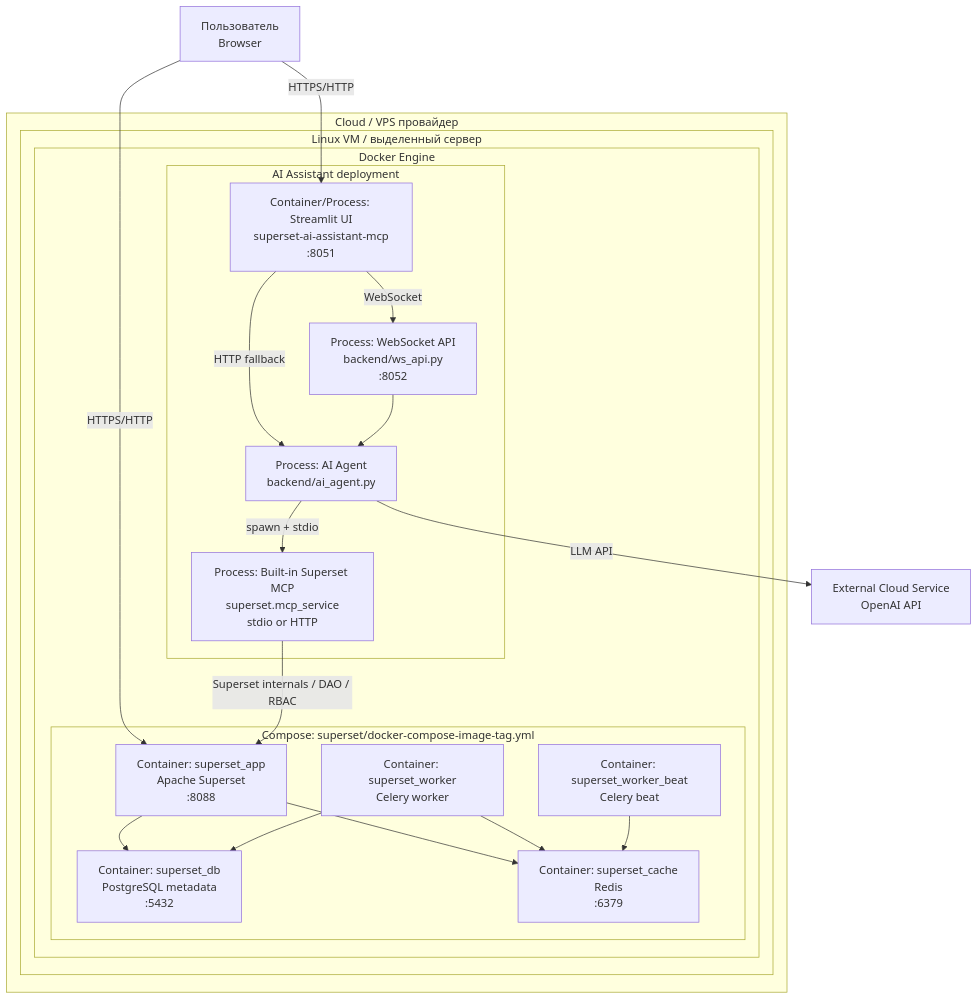
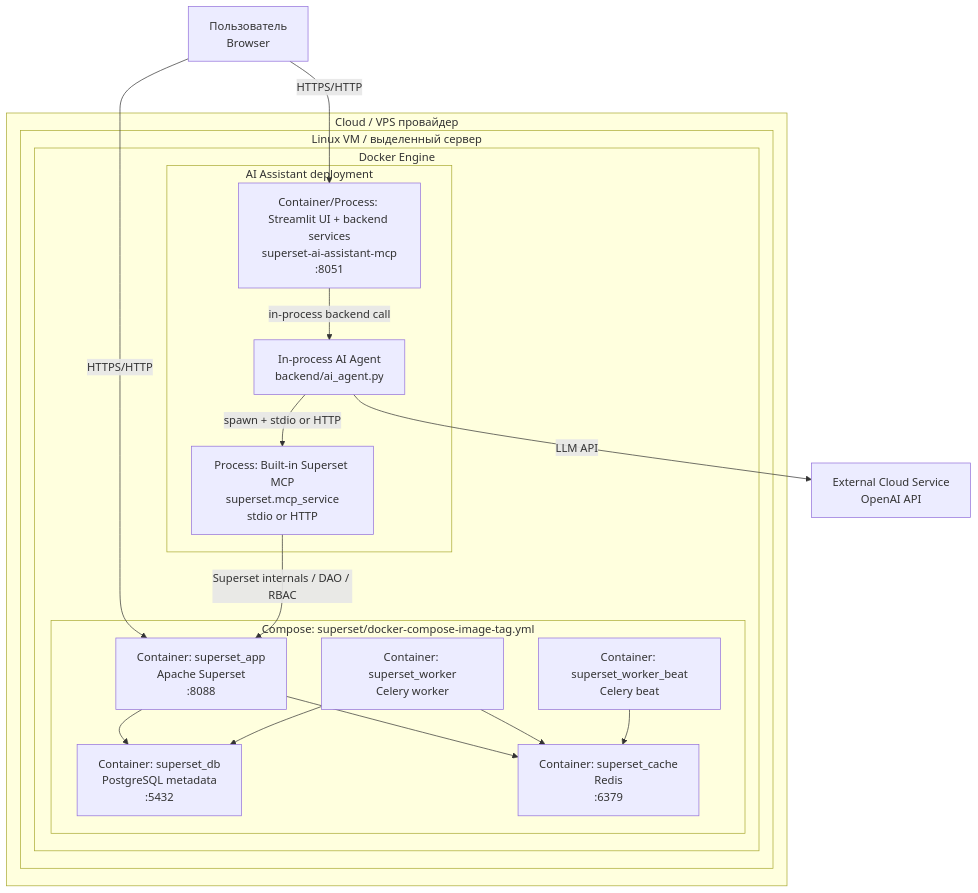
One commit to SHUBINDENIS/superset_ai changed the diagram in docs/deployment.md. Above: the diagram before and after it, drawn with Mermaid. The commit also changed other lines of this file and 11 other files, not shown here.

````diff
--- a/docs/deployment.md
+++ b/docs/deployment.md
@@ -7,43 +14,39 @@
 ```mermaid
 flowchart TB
     user[Пользователь<br/>Browser]
 
     subgraph cloud[Cloud / VPS провайдер]
         subgraph vm[Linux VM / выделенный сервер]
             subgraph docker[Docker Engine]
                 subgraph supstack[Compose: superset/docker-compose-image-tag.yml]
                     superset_app[Container: superset_app<br/>Apache Superset<br/>:8088]
                     superset_db[Container: superset_db<br/>PostgreSQL metadata<br/>:5432]
                     superset_cache[Container: superset_cache<br/>Redis<br/>:6379]
                     superset_worker[Container: superset_worker<br/>Celery worker]
                     superset_beat[Container: superset_worker_beat<br/>Celery beat]
                 end
 
                 subgraph aistack[AI Assistant deployment]
-                    streamlit[Container/Process: Streamlit UI<br/>superset-ai-assistant-mcp<br/>:8051]
-                    wsapi[Process: WebSocket API<br/>backend/ws_api.py<br/>:8052]
-                    agent[Process: AI Agent<br/>backend/ai_agent.py]
+                    streamlit[Container/Process: Streamlit UI + backend services<br/>superset-ai-assistant-mcp<br/>:8051]
+                    agent[In-process AI Agent<br/>backend/ai_agent.py]
                     mcp[Process: Built-in Superset MCP<br/>superset.mcp_service<br/>stdio or HTTP]
                 end
             end
         end
     end
 
     openai[External Cloud Service<br/>OpenAI API]
 
     user -->|HTTPS/HTTP| streamlit
     user -->|HTTPS/HTTP| superset_app
-
-    streamlit -->|WebSocket| wsapi
-    streamlit -->|HTTP fallback| agent
-    wsapi --> agent
+    streamlit -->|in-process backend call| agent
     agent -->|LLM API| openai
-    agent -->|spawn + stdio| mcp
+    agent -->|spawn + stdio or HTTP| mcp
     mcp -->|Superset internals / DAO / RBAC| superset_app
 
     superset_app --> superset_db
     superset_app --> superset_cache
     superset_worker --> superset_db
     superset_worker --> superset_cache
     superset_beat --> superset_cache
 ```
````
